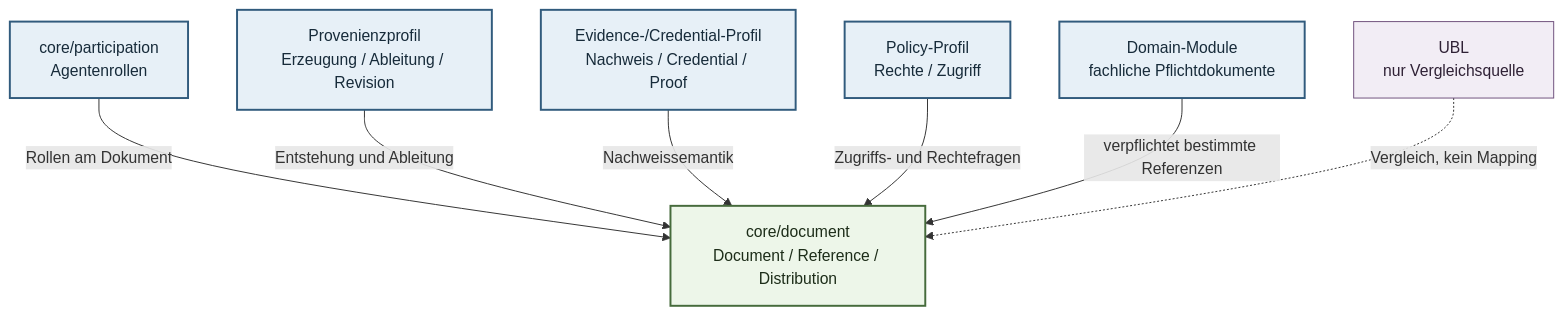
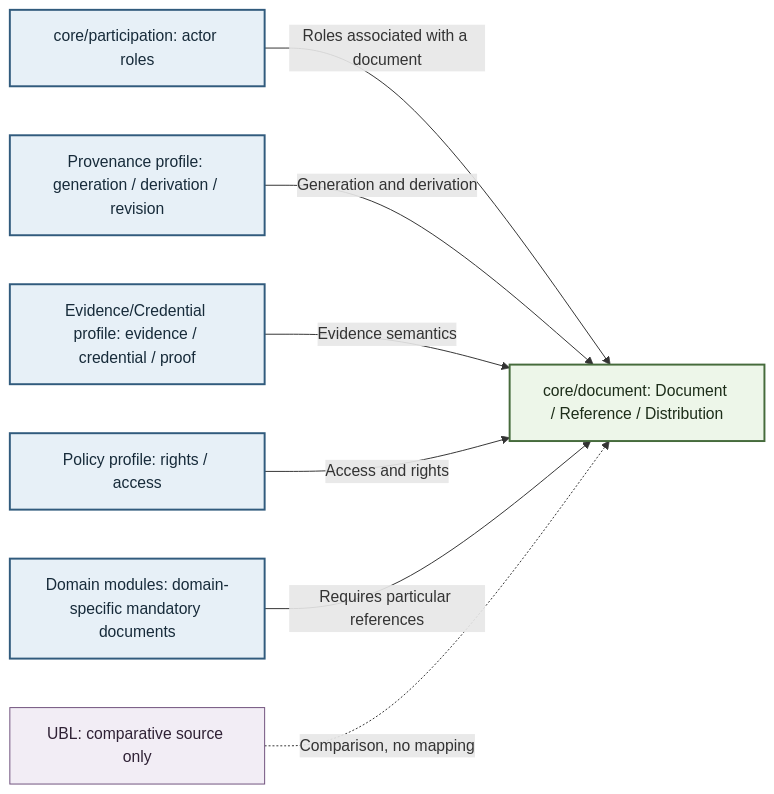
One commit to project-construct-x/constructx-ontologies changed the fifth of 5 diagrams in modules/core/document/docs/diagrams/document-concept-model.md. Above: the diagram before and after it, drawn with Mermaid. The commit also changed other lines of this file and 230 other files, not shown here.

Commit message:
Translated core module documentations

````diff
--- a/modules/core/document/docs/diagrams/document-concept-model.md
+++ b/modules/core/document/docs/diagrams/document-concept-model.md
@@ -140,25 +138,25 @@
 ```mermaid
-flowchart TB
-    DocumentCore["core/document<br/>Document / Reference / Distribution"]
-    Participation["core/participation<br/>Agentenrollen"]
-    Prov["Provenienzprofil<br/>Erzeugung / Ableitung / Revision"]
-    Evidence["Evidence-/Credential-Profil<br/>Nachweis / Credential / Proof"]
-    Policy["Policy-Profil<br/>Rechte / Zugriff"]
-    Domain["Domain-Module<br/>fachliche Pflichtdokumente"]
-    UBL["UBL<br/>nur Vergleichsquelle"]
+flowchart LR
+    DocumentCore["core/document: Document / Reference / Distribution"]
+    Participation["core/participation: actor roles"]
+    Prov["Provenance profile: generation / derivation / revision"]
+    Evidence["Evidence/Credential profile: evidence / credential / proof"]
+    Policy["Policy profile: rights / access"]
+    Domain["Domain modules: domain-specific mandatory documents"]
+    UBL["UBL: comparative source only"]
 
-    Participation -->|"Rollen am Dokument"| DocumentCore
-    Prov -->|"Entstehung und Ableitung"| DocumentCore
-    Evidence -->|"Nachweissemantik"| DocumentCore
-    Policy -->|"Zugriffs- und Rechtefragen"| DocumentCore
-    Domain -->|"verpflichtet bestimmte Referenzen"| DocumentCore
-    UBL -.->|"Vergleich, kein Mapping"| DocumentCore
+    Participation -->|"Roles associated with a document"| DocumentCore
+    Prov -->|"Generation and derivation"| DocumentCore
+    Evidence -->|"Evidence semantics"| DocumentCore
+    Policy -->|"Access and rights"| DocumentCore
+    Domain -->|"Requires particular references"| DocumentCore
+    UBL -.->|"Comparison, no mapping"| DocumentCore
 
     classDef core fill:#edf6e9,stroke:#466b3c,color:#1d2d19,stroke-width:2px;
     classDef related fill:#e7f0f7,stroke:#315b7d,color:#172b3a,stroke-width:2px;
     classDef external fill:#f2edf5,stroke:#70517d,color:#2f2135;
 
     class DocumentCore core;
     class Participation,Prov,Evidence,Policy,Domain related;
     class UBL external;
 ```
````
